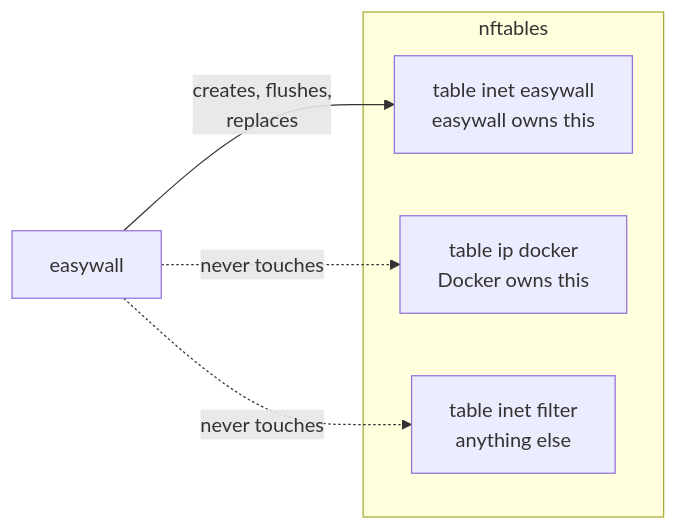
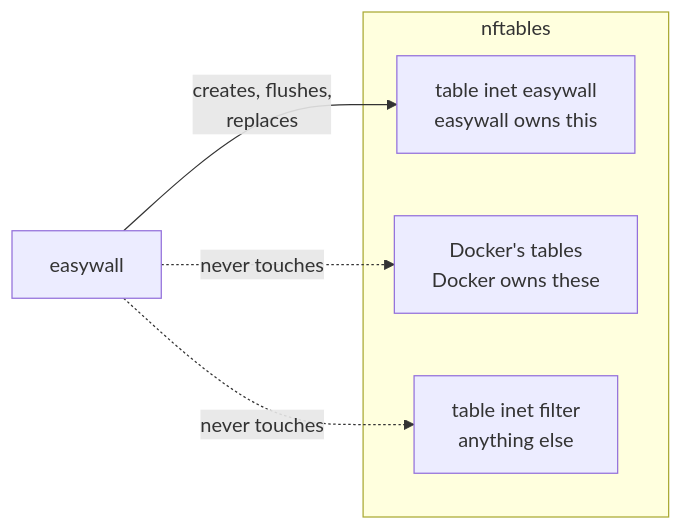
One commit to jp1337/easywall changed the diagram in docs/_diagrams/docker-coexist.mmd. Above: the diagram before and after it, drawn with Mermaid. The commit also changed 17 other files, not shown here.

```diff
--- a/docs/_diagrams/docker-coexist.mmd
+++ b/docs/_diagrams/docker-coexist.mmd
@@ -1,9 +1,9 @@
 flowchart LR
   subgraph tables["nftables"]
     E["table inet easywall<br/>easywall owns this"]
-    D["table ip docker<br/>Docker owns this"]
+    D["Docker's tables<br/>Docker owns these"]
     O["table inet filter<br/>anything else"]
   end
   EW["easywall"] -->|"creates, flushes,<br/>replaces"| E
   EW -.->|"never touches"| D
   EW -.->|"never touches"| O
```
